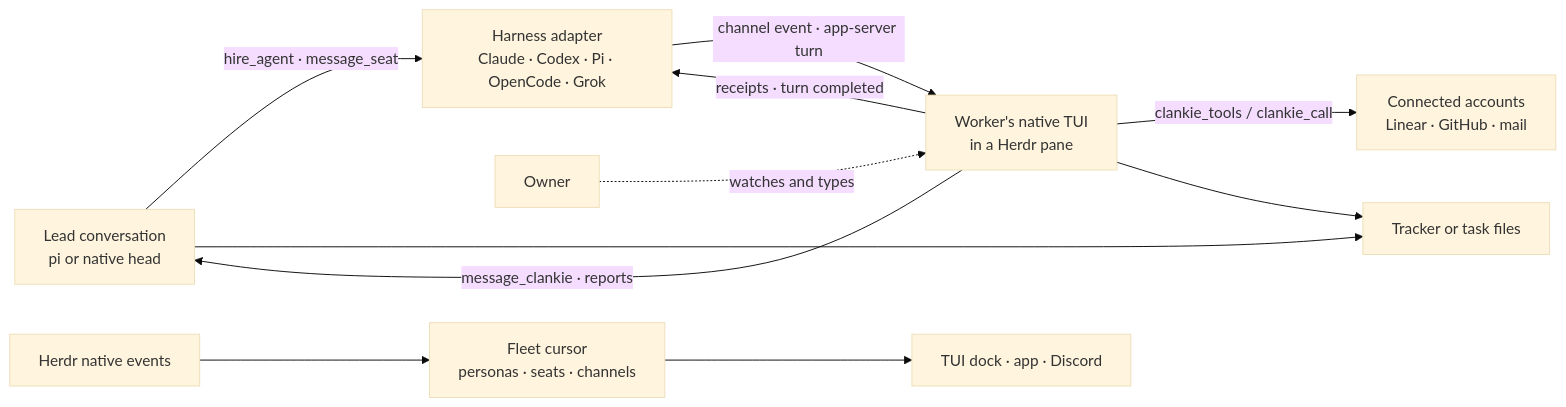
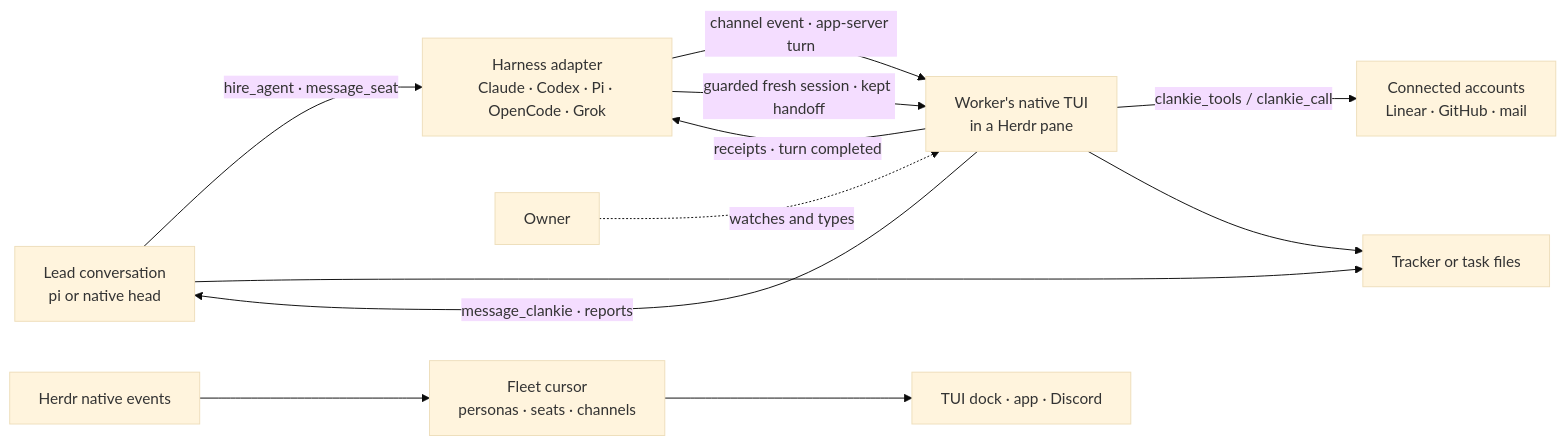
One commit to Volpestyle/clankie changed the fourth of 4 diagrams in docs/architecture.md. Above: the diagram before and after it, drawn with Mermaid (base theme). The commit also changed other lines of this file and 39 other files, not shown here.

````diff
--- a/docs/architecture.md
+++ b/docs/architecture.md
@@ -304,13 +304,14 @@
 ```mermaid
 flowchart LR
   Lead["Lead conversation<br/>pi or native head"] -->|"hire_agent · message_seat"| Adapter["Harness adapter<br/>Claude · Codex · Pi · OpenCode · Grok"]
   Adapter -->|"channel event · app-server turn"| Pane["Worker's native TUI<br/>in a Herdr pane"]
   Owner["Owner"] -.->|"watches and types"| Pane
   Pane -->|"receipts · turn completed"| Adapter
   Pane -->|"message_clankie · reports"| Lead
   Pane -->|"clankie_tools / clankie_call"| Accounts["Connected accounts<br/>Linear · GitHub · mail"]
   Lead --> Work["Tracker or task files"]
   Pane --> Work
+  Adapter -->|"guarded fresh session · kept handoff"| Pane
   Herdr["Herdr native events"] --> Cursor["Fleet cursor<br/>personas · seats · channels"]
   Cursor --> Views["TUI dock · app · Discord"]
 ```
````
